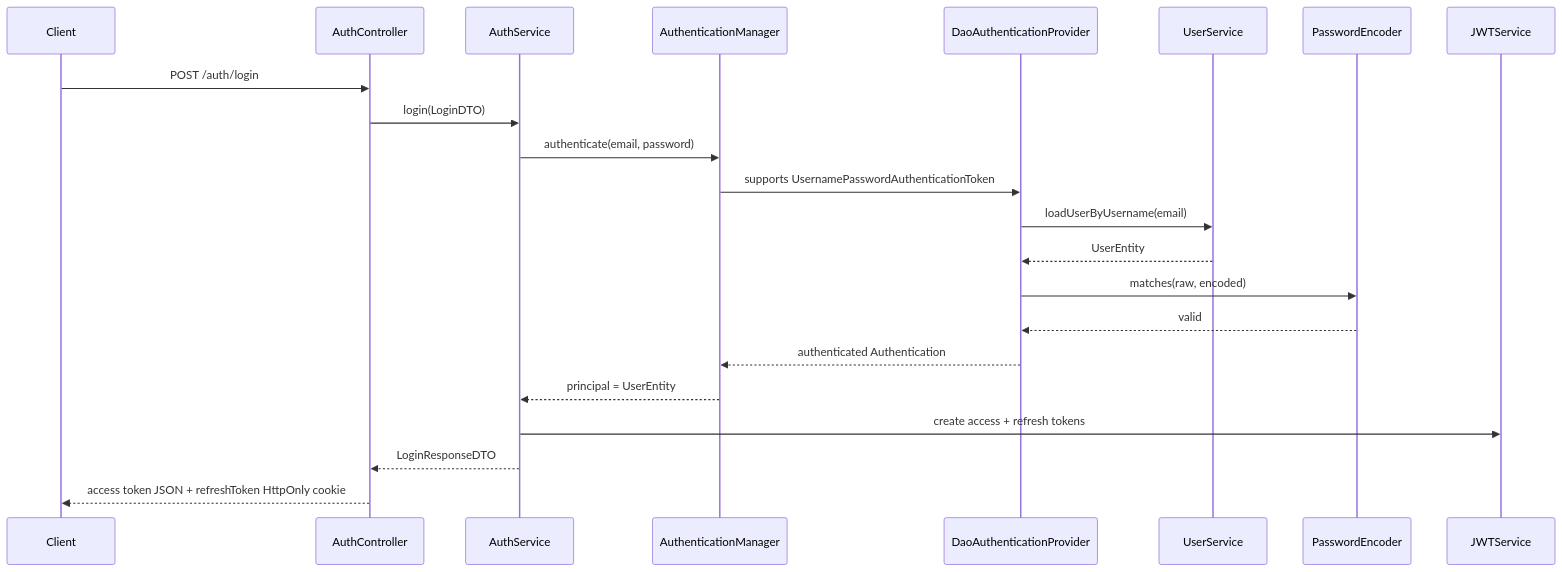
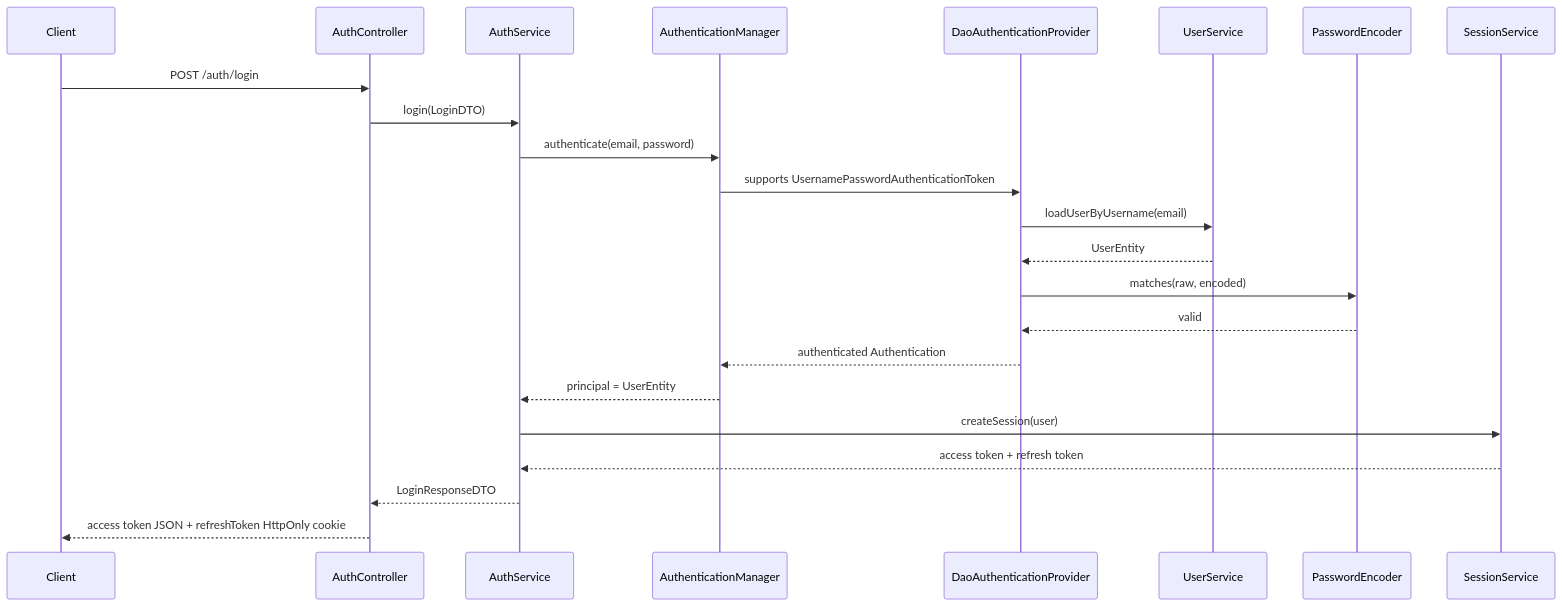
Before and after one commit to shubhgaur37/SpringBoot: the ninth of 10 diagrams in M5_Spring_Security_Demo/README.md, drawn with Mermaid. The commit also changed other lines of this file and 4 other files, not shown here.

Commit message:
Security Measure: Refresh Token Rotation

````diff
--- a/M5_Spring_Security_Demo/README.md
+++ b/M5_Spring_Security_Demo/README.md
@@ -486,25 +545,26 @@
 ```mermaid
 sequenceDiagram
     participant Client
     participant AuthController
     participant AuthService
     participant AuthenticationManager
     participant DaoProvider as DaoAuthenticationProvider
     participant UserService
     participant PasswordEncoder
-    participant JWTService
+    participant SessionService
 
     Client->>AuthController: POST /auth/login
     AuthController->>AuthService: login(LoginDTO)
     AuthService->>AuthenticationManager: authenticate(email, password)
     AuthenticationManager->>DaoProvider: supports UsernamePasswordAuthenticationToken
     DaoProvider->>UserService: loadUserByUsername(email)
     UserService-->>DaoProvider: UserEntity
     DaoProvider->>PasswordEncoder: matches(raw, encoded)
     PasswordEncoder-->>DaoProvider: valid
     DaoProvider-->>AuthenticationManager: authenticated Authentication
     AuthenticationManager-->>AuthService: principal = UserEntity
-    AuthService->>JWTService: create access + refresh tokens
+    AuthService->>SessionService: createSession(user)
+    SessionService-->>AuthService: access token + refresh token
     AuthService-->>AuthController: LoginResponseDTO
     AuthController-->>Client: access token JSON + refreshToken HttpOnly cookie
 ```
````
